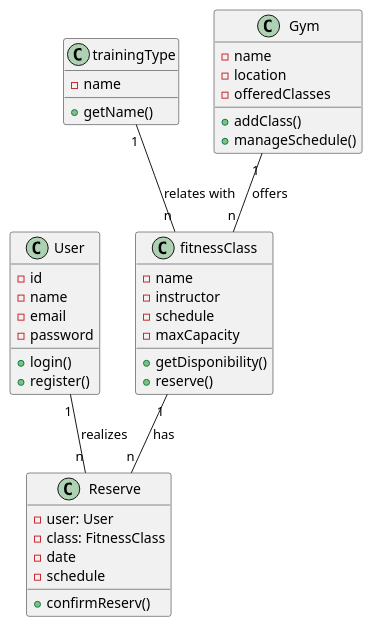
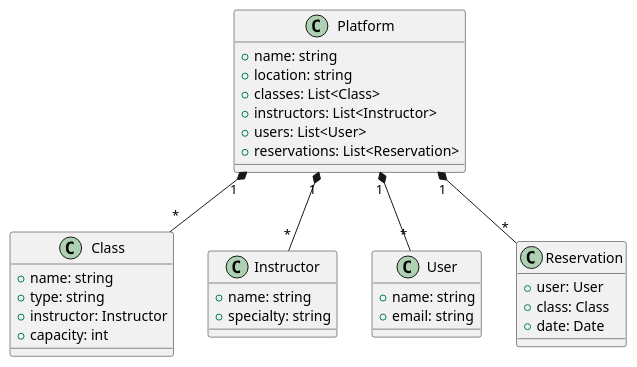
One commit to joaquinpiastre/Power-App changed the diagram in doc/clases.puml. Above: the diagram before and after it, drawn with PlantUML. The commit also changed 20 other files, not shown here.

Commit message:
Cambiamos los diagramas y las clases

```diff
--- a/doc/clases.puml
+++ b/doc/clases.puml
@@ -1,46 +1,40 @@
-@startuml PowerAPP Class Diagram
-class User {
-  - id
-  - name
-  - email
-  - password
-  + login()
-  + register()
+@startuml PowerAPP class
+
+class Platform {
+  +name: string
+  +location: string
+  +classes: List<Class>
+  +instructors: List<Instructor>
+  +users: List<User>
+  +reservations: List<Reservation>
 }
 
-class trainingType {
-  - name
-  + getName()
+class Class {
+  +name: string
+  +type: string
+  +instructor: Instructor
+  +capacity: int
 }
 
-class fitnessClass {
-  - name
-  - instructor
-  - schedule
-  - maxCapacity
-  + getDisponibility()
-  + reserve()
+class Instructor {
+  +name: string
+  +specialty: string
 }
 
-class Gym {
-  - name
-  - location
-  - offeredClasses
-  + addClass()
-  + manageSchedule()
+class User {
+  +name: string
+  +email: string
 }
 
-class Reserve {
-  - user: User
-  - class: FitnessClass
-  - date
-  - schedule
-  + confirmReserv()
+class Reservation {
+  +user: User
+  +class: Class
+  +date: Date
 }
 
-trainingType "1" -- "n" fitnessClass : relates with
-User "1" -- "n" Reserve : realizes
-fitnessClass "1" -- "n" Reserve : has
-Gym "1" -- "n" fitnessClass : offers
+Platform "1" *-- "*" Class
+Platform "1" *-- "*" Instructor
+Platform "1" *-- "*" User
+Platform "1" *-- "*" Reservation
 
 @enduml
```
